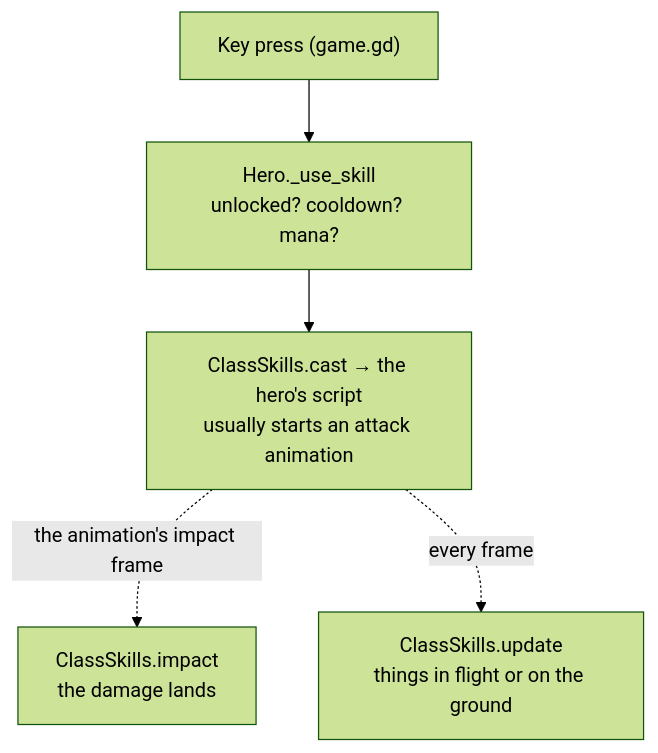
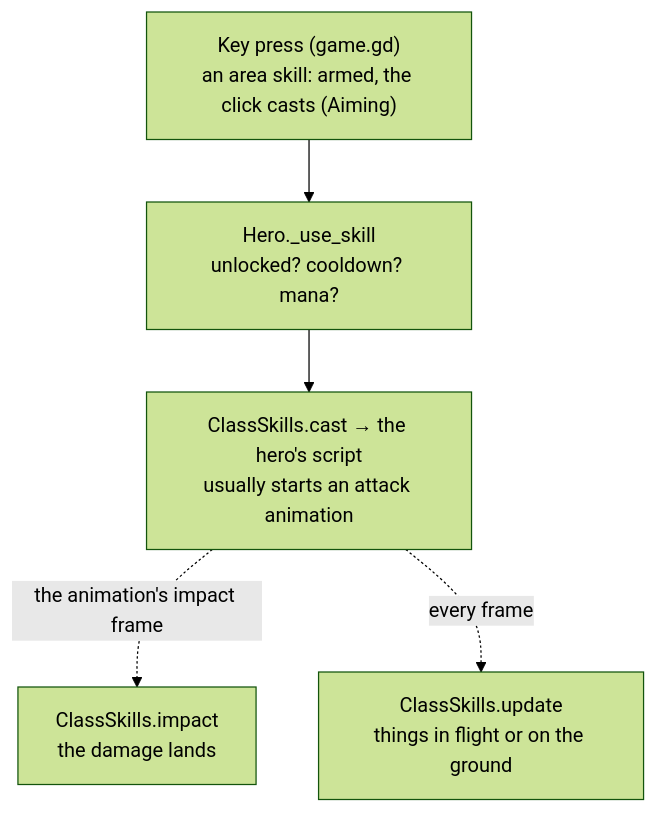
One commit to jjcw1337-rgb/ashen-crown changed the diagram in docs/content/skills.md. Above: the diagram before and after it, drawn with Mermaid (forest theme). The commit also changed other lines of this file and 8 other files, not shown here.

First line of the commit message:
Docs: every hero on the skill layout with its skills on the match server

````diff
--- a/docs/content/skills.md
+++ b/docs/content/skills.md
@@ -7,7 +7,7 @@
 ```mermaid
 flowchart TD
-  key["Key press (game.gd)"] --> use["Hero._use_skill<br/>unlocked? cooldown? mana?"]
+  key["Key press (game.gd)<br/>an area skill: armed, the click casts (Aiming)"] --> use["Hero._use_skill<br/>unlocked? cooldown? mana?"]
   use --> cast["ClassSkills.cast → the hero's script<br/>usually starts an attack animation"]
   cast -. "the animation's impact frame" .-> impact["ClassSkills.impact<br/>the damage lands"]
   cast -. "every frame" .-> update["ClassSkills.update<br/>things in flight or on the ground"]
 ```
````
